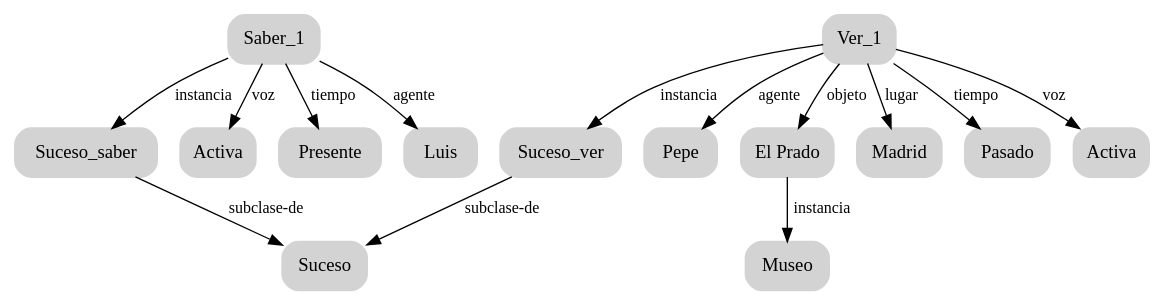
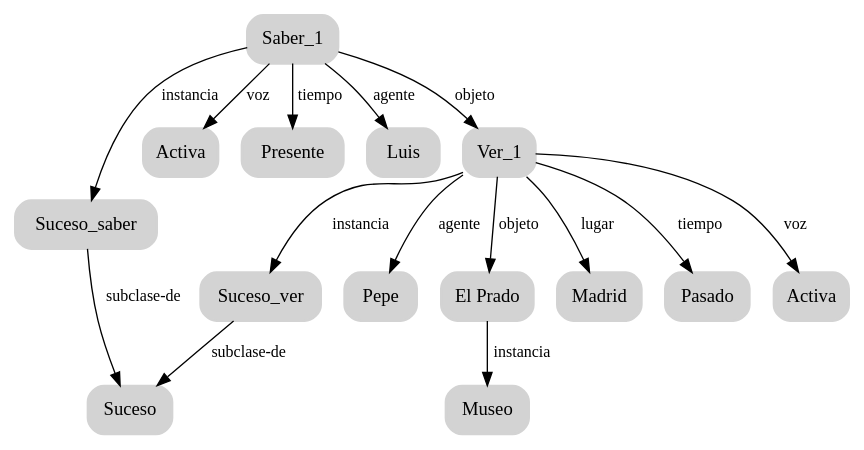
Before and after one commit to masterdatascienceifca/semantic-networks: the diagram in dot/graph7.dot, drawn with Graphviz. The commit also changed 2 other files, not shown here.

```diff
--- a/dot/graph7.dot
+++ b/dot/graph7.dot
@@ -1,35 +1,36 @@
 digraph ejemplo {
 node  [style="rounded,filled,bold", shape=box, fontname="Nimbus", color="lightgray"];
 edge  [fontname="Nimbus" weight=2, fontsize=12]
 
 A -> B [ label = "instancia" ];
 B -> C [ label = "subclase-de"]
 A -> D [ label = "voz"];
 A -> E [ label = "tiempo"];
 A -> F [ label = "agente"];
 
 H -> G [ label = "instancia"];
 G -> C [ label = "subclase-de"];
 H -> I [ label = "agente"];
 H -> J [ label = "objeto"];
 J -> K [ label = "instancia"];
 H -> L [ label = "lugar"];
 H -> M [ label = "tiempo"];
 H -> N [ label = "voz"];
+A -> H [ label = "objeto"];
 
 A [label="Saber_1"];
 B [label="Suceso_saber"];
 C [label="Suceso"];
 D [label="Activa"];
 E [label="Presente"];
 F [label="Luis"];
 
 G [label="Suceso_ver"];
 H [label="Ver_1"];
 I [label="Pepe"];
 J [label="El Prado"];
 K [label="Museo"];
 L [label="Madrid"];
 M [label="Pasado"];
 N [label="Activa"];
 }
```
